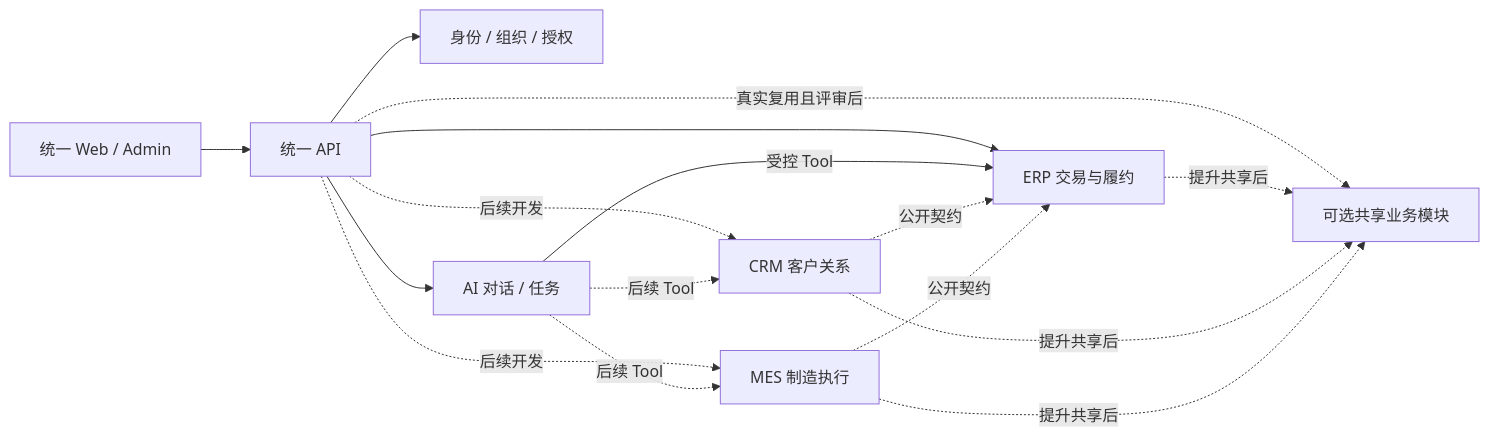
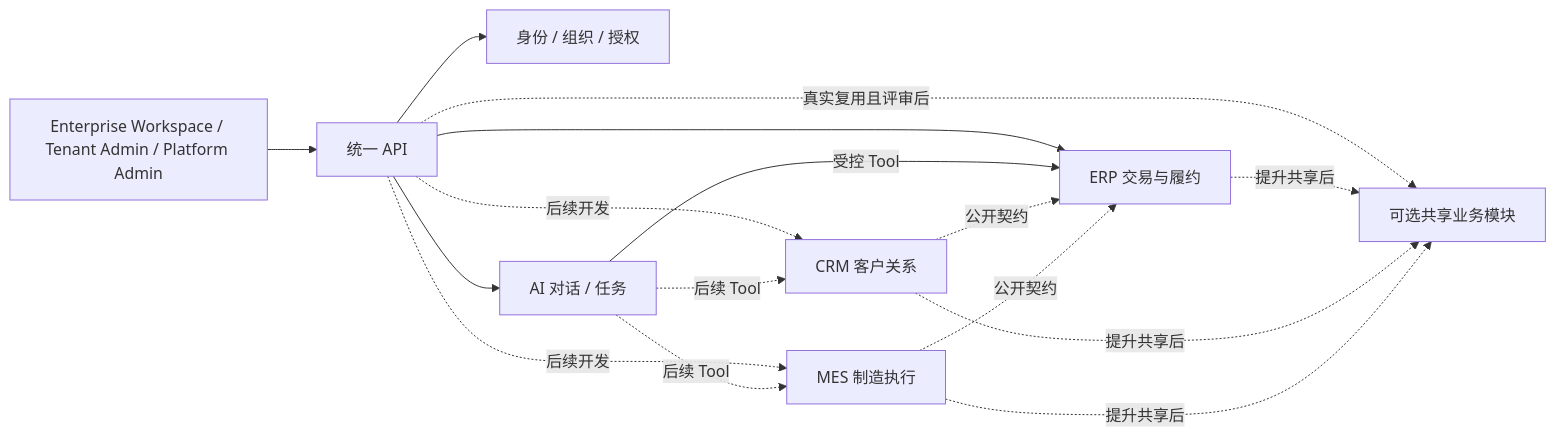
The diagram in docs/12-领域边界与协作契约.md (geyaovip/enterprise-ai-platform), drawn with Mermaid before and after one commit. The commit also changed other lines of this file and 456 other files, not shown here.

````diff
--- a/docs/12-领域边界与协作契约.md
+++ b/docs/12-领域边界与协作契约.md
@@ -7,18 +11,18 @@
 ```mermaid
 flowchart LR
-    UI[统一 Web / Admin] --> API[统一 API]
+    UI[Enterprise Workspace / Tenant Admin / Platform Admin] --> API[统一 API]
     API --> IAM[身份 / 组织 / 授权]
     API --> AI[AI 对话 / 任务]
     API -. 真实复用且评审后 .-> MD[可选共享业务模块]
     API --> ERP[ERP 交易与履约]
     API -. 后续开发 .-> CRM[CRM 客户关系]
     API -. 后续开发 .-> MES[MES 制造执行]
     AI -->|受控 Tool| ERP
     AI -. 后续 Tool .-> CRM
     AI -. 后续 Tool .-> MES
     CRM -. 公开契约 .-> ERP
     MES -. 公开契约 .-> ERP
     ERP -. 提升共享后 .-> MD
     CRM -. 提升共享后 .-> MD
     MES -. 提升共享后 .-> MD
 ```
````
